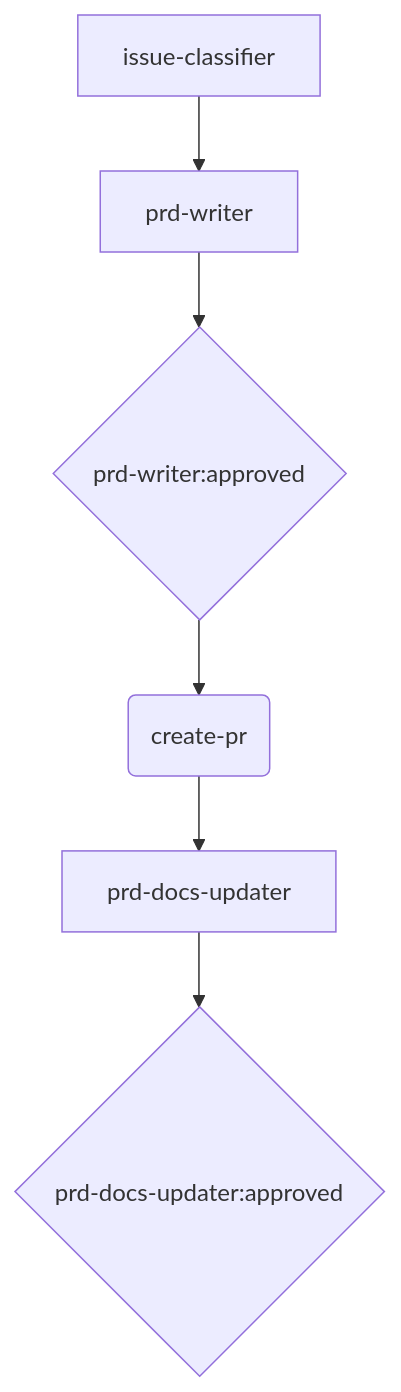
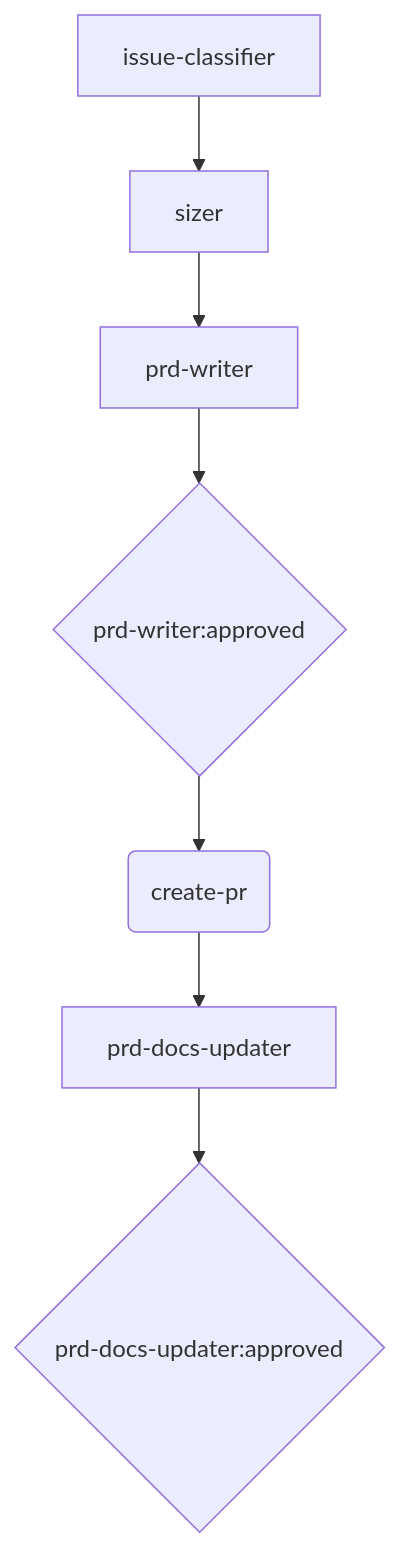
The diagram in docs/product/agile/generated/phases/01_product_docs.mmd (M-A-Operating-System/ai-coding-standards2), drawn with Mermaid before and after one commit.

Commit message:
chore: regenerate pipeline diagrams [skip ci]

```diff
--- a/docs/product/agile/generated/phases/01_product_docs.mmd
+++ b/docs/product/agile/generated/phases/01_product_docs.mmd
@@ -1,12 +1,14 @@
 flowchart TD
     n_01_product_docs__issue_classifier["issue-classifier"]
+    n_01_product_docs__sizer["sizer"]
     n_01_product_docs__prd_writer["prd-writer"]
     n_01_product_docs__create_pr("create-pr")
     n_01_product_docs__prd_docs_updater["prd-docs-updater"]
     gate__n_01_product_docs__prd_writer{"prd-writer:approved"}
     gate__n_01_product_docs__prd_docs_updater{"prd-docs-updater:approved"}
     n_01_product_docs__prd_writer --> gate__n_01_product_docs__prd_writer
     n_01_product_docs__prd_docs_updater --> gate__n_01_product_docs__prd_docs_updater
-    n_01_product_docs__issue_classifier --> n_01_product_docs__prd_writer
+    n_01_product_docs__issue_classifier --> n_01_product_docs__sizer
+    n_01_product_docs__sizer --> n_01_product_docs__prd_writer
     gate__n_01_product_docs__prd_writer --> n_01_product_docs__create_pr
     n_01_product_docs__create_pr --> n_01_product_docs__prd_docs_updater
```
